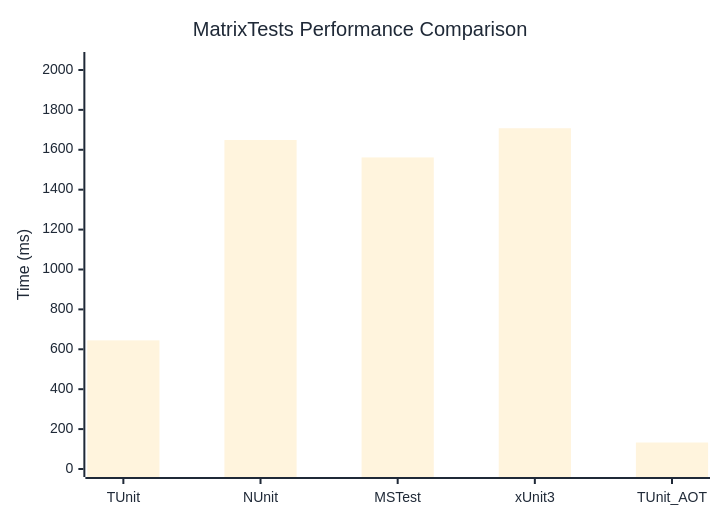
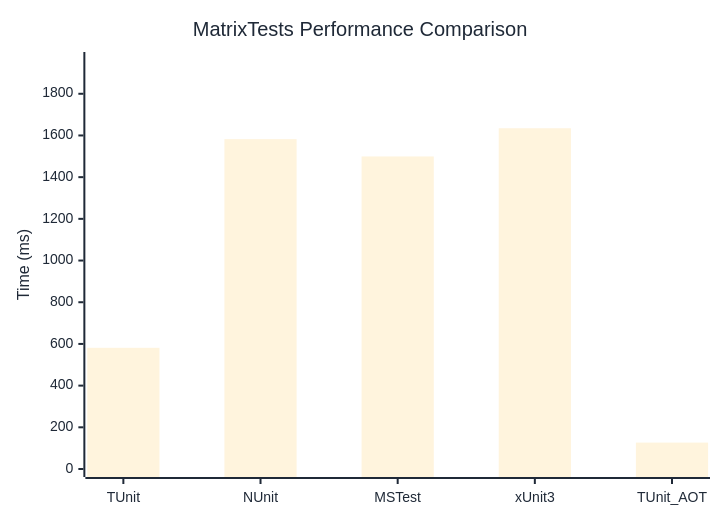
The diagram in docs/docs/benchmarks/MatrixTests.md (thomhurst/TUnit), drawn with Mermaid before and after one commit. The commit also changed other lines of this file and 17 other files, not shown here.

````diff
--- a/docs/docs/benchmarks/MatrixTests.md
+++ b/docs/docs/benchmarks/MatrixTests.md
@@ -27,37 +27,37 @@
 ```mermaid
 %%{init: {
   'theme':'base',
   'themeVariables': {
     'primaryColor': '#2563eb',
     'primaryTextColor': '#1f2937',
     'primaryBorderColor': '#1e40af',
     'lineColor': '#6b7280',
     'secondaryColor': '#7c3aed',
     'tertiaryColor': '#dc2626',
     'background': '#ffffff',
     'mainBkg': '#2563eb',
     'secondBkg': '#7c3aed',
     'tertiaryBkg': '#dc2626',
     'clusterBkg': '#f3f4f6',
     'edgeLabelBackground': '#ffffff',
     'tertiaryTextColor': '#1f2937',
     'pie1': '#2563eb',
     'pie2': '#7c3aed',
     'pie3': '#dc2626',
     'pie4': '#f59e0b',
     'pie5': '#10b981',
     'pie6': '#06b6d4',
     'pie7': '#ec4899',
     'pie8': '#6366f1',
     'pie9': '#84cc16',
     'pie10': '#f97316',
     'pie11': '#14b8a6',
     'pie12': '#a855f7'
   }
 }}%%
 xychart-beta
   title "MatrixTests Performance Comparison"
   x-axis ["TUnit", "NUnit", "MSTest", "xUnit3", "TUnit_AOT"]
-  y-axis "Time (ms)" 0 --> 2050
-  bar [644.8, 1648.9, 1561.7, 1708, 132.8]
+  y-axis "Time (ms)" 0 --> 1962
+  bar [581.3, 1582.4, 1499.3, 1634.6, 126.7]
 ```
````
